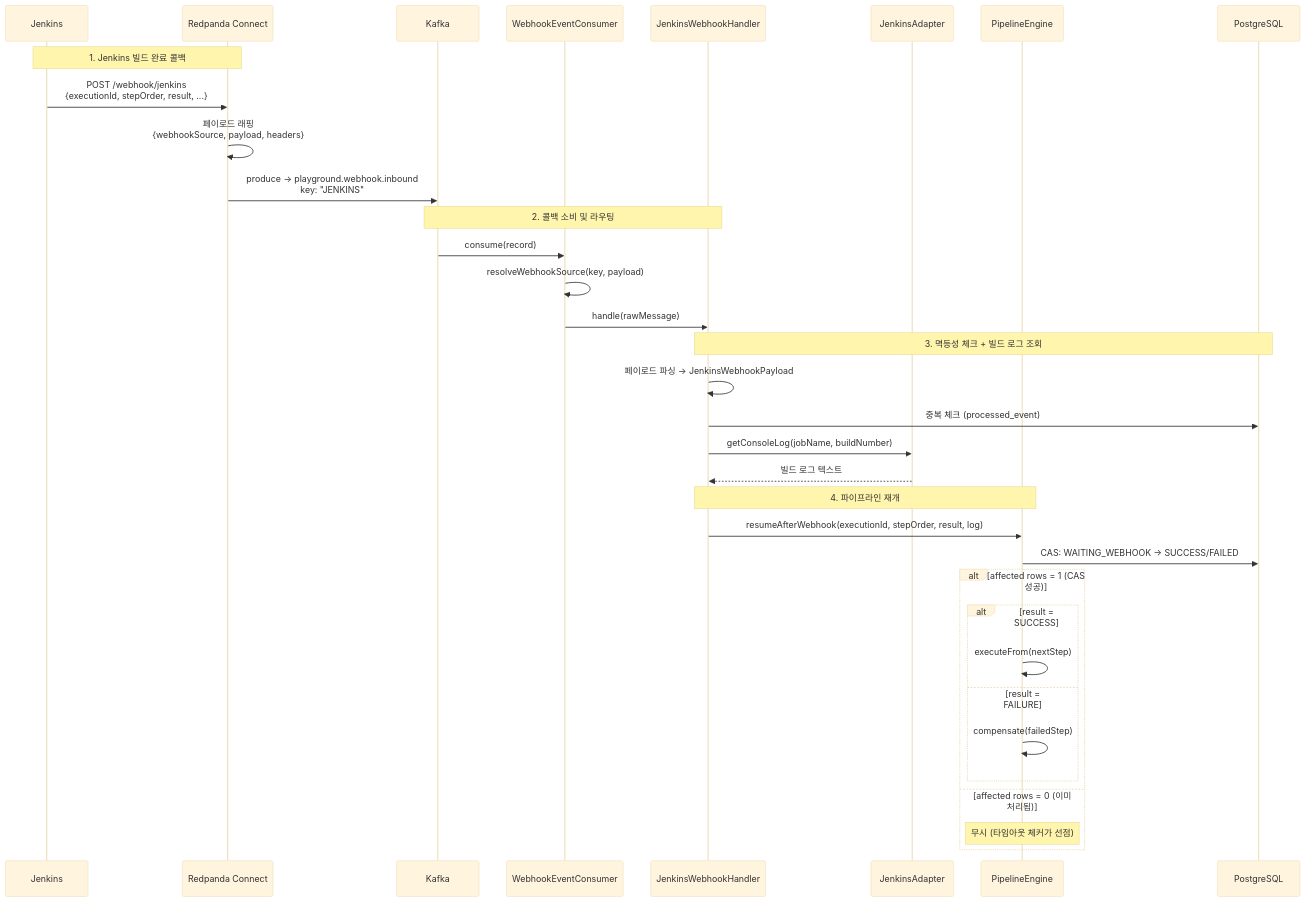
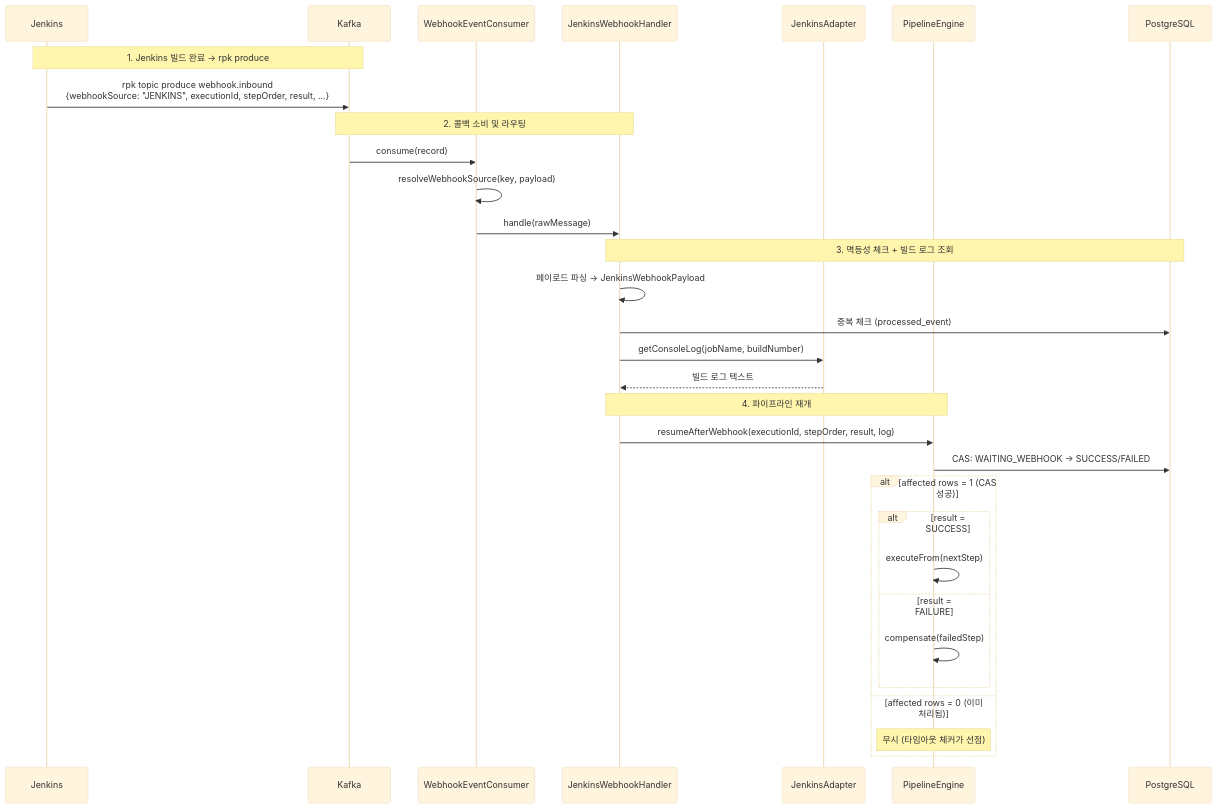
Before and after one commit to scofe97/Redpanda-PlayGround: diagram 13 of 13 in docs/domain-guide.md, drawn with Mermaid (base theme). The commit also changed other lines of this file and 25 other files, not shown here.

````diff
--- a/docs/domain-guide.md
+++ b/docs/domain-guide.md
@@ -670,40 +673,37 @@
 ```mermaid
 sequenceDiagram
     participant Jenkins as Jenkins
-    participant Connect as Redpanda Connect
     participant Kafka as Kafka
     participant Consumer as WebhookEventConsumer
     participant Handler as JenkinsWebhookHandler
     participant Adapter as JenkinsAdapter
     participant Engine as PipelineEngine
     participant DB as PostgreSQL
 
-    Note over Jenkins,Connect: 1. Jenkins 빌드 완료 콜백
-    Jenkins->>Connect: POST /webhook/jenkins<br/>{executionId, stepOrder, result, ...}
-    Connect->>Connect: 페이로드 래핑<br/>{webhookSource, payload, headers}
-    Connect->>Kafka: produce → playground.webhook.inbound<br/>key: "JENKINS"
+    Note over Jenkins,Kafka: 1. Jenkins 빌드 완료 → rpk produce
+    Jenkins->>Kafka: rpk topic produce webhook.inbound<br/>{webhookSource: "JENKINS", executionId, stepOrder, result, ...}
 
     Note over Kafka,Handler: 2. 콜백 소비 및 라우팅
     Kafka->>Consumer: consume(record)
     Consumer->>Consumer: resolveWebhookSource(key, payload)
     Consumer->>Handler: handle(rawMessage)
 
     Note over Handler,DB: 3. 멱등성 체크 + 빌드 로그 조회
     Handler->>Handler: 페이로드 파싱 → JenkinsWebhookPayload
     Handler->>DB: 중복 체크 (processed_event)
     Handler->>Adapter: getConsoleLog(jobName, buildNumber)
     Adapter-->>Handler: 빌드 로그 텍스트
 
     Note over Handler,Engine: 4. 파이프라인 재개
     Handler->>Engine: resumeAfterWebhook(executionId, stepOrder, result, log)
     Engine->>DB: CAS: WAITING_WEBHOOK → SUCCESS/FAILED
     alt affected rows = 1 (CAS 성공)
         alt result = SUCCESS
             Engine->>Engine: executeFrom(nextStep)
         else result = FAILURE
             Engine->>Engine: compensate(failedStep)
         end
     else affected rows = 0 (이미 처리됨)
         Note over Engine: 무시 (타임아웃 체커가 선점)
     end
 ```
````
